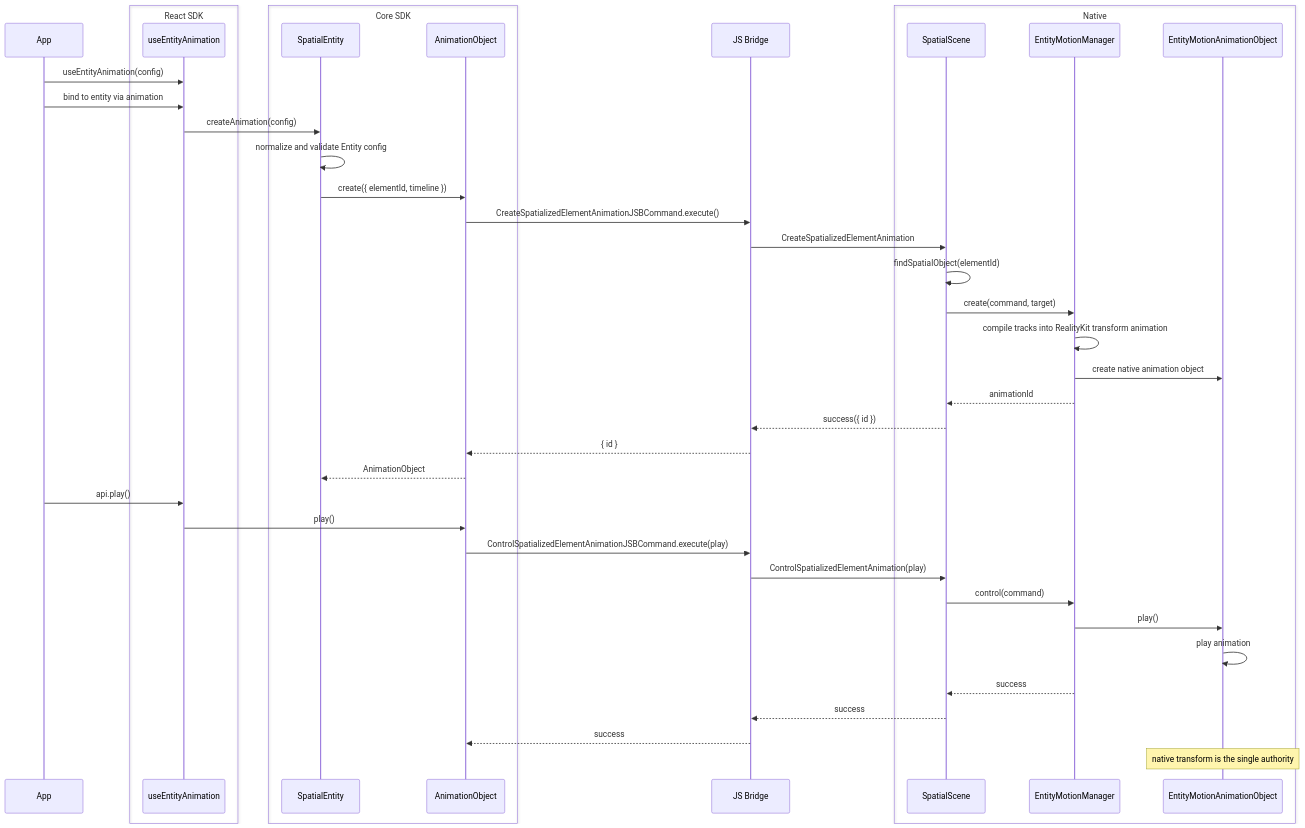
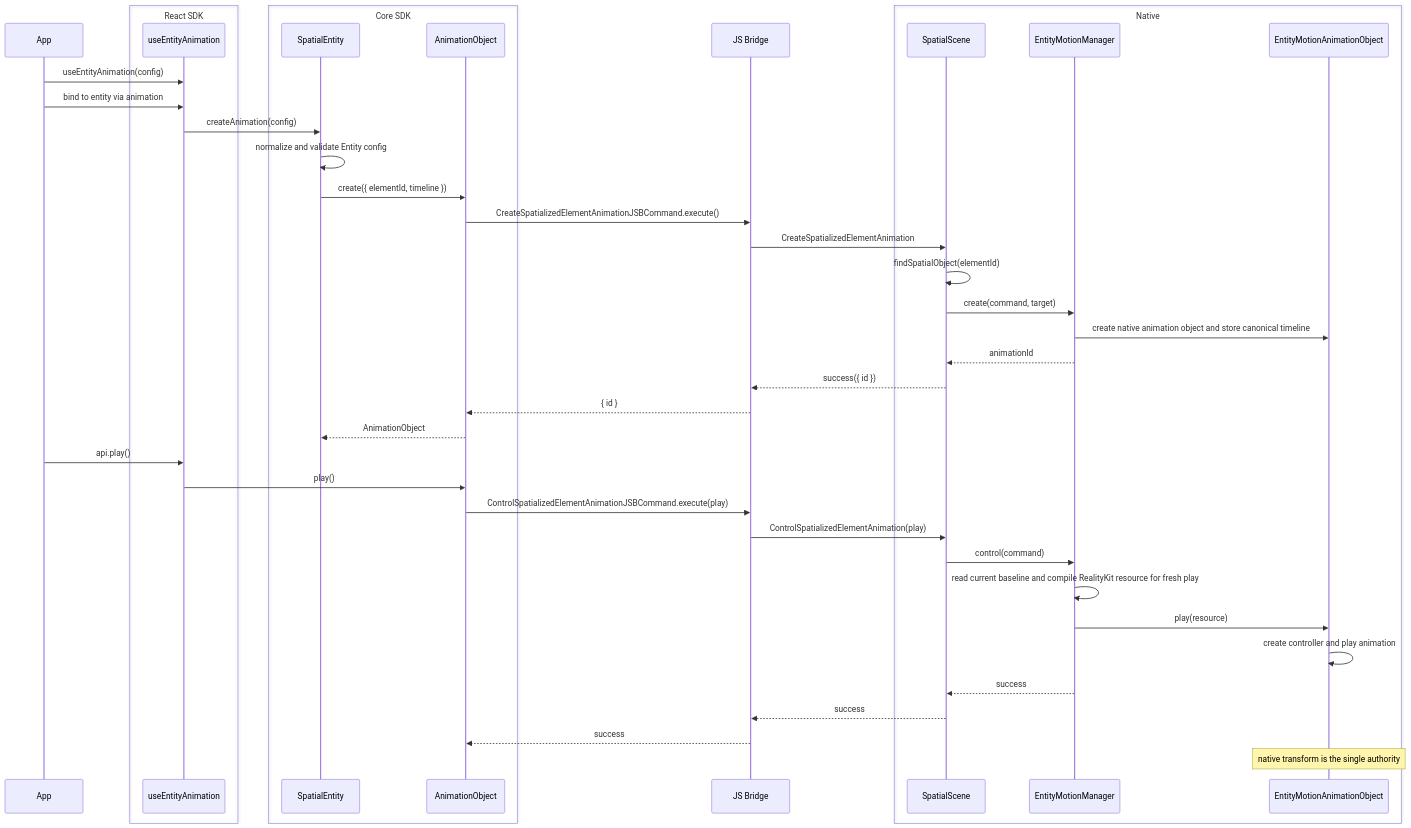
The third of 14 diagrams in openspec/changes/redesign-entity-motion-api/design.md (webspatial/webspatial-sdk), drawn with Mermaid before and after one commit. The commit also changed other lines of this file and 7 other files, not shown here.

````diff
--- a/openspec/changes/redesign-entity-motion-api/design.md
+++ b/openspec/changes/redesign-entity-motion-api/design.md
@@ -364,44 +269,44 @@
 ```mermaid
 sequenceDiagram
     participant App
     box React SDK
         participant Hook as useEntityAnimation
     end
     box Core SDK
         participant Entity as SpatialEntity
         participant Obj as AnimationObject
     end
     participant Bridge as JS Bridge
     box Native
         participant Scene as SpatialScene
         participant Manager as EntityMotionManager
         participant NativeObj as EntityMotionAnimationObject
     end
 
     App->>Hook: useEntityAnimation(config)
     App->>Hook: bind to entity via animation
     Hook->>Entity: createAnimation(config)
     Entity->>Entity: normalize and validate Entity config
     Entity->>Obj: create({ elementId, timeline })
     Obj->>Bridge: CreateSpatializedElementAnimationJSBCommand.execute()
     Bridge->>Scene: CreateSpatializedElementAnimation
     Scene->>Scene: findSpatialObject(elementId)
     Scene->>Manager: create(command, target)
-    Manager->>Manager: compile tracks into RealityKit transform animation
-    Manager->>NativeObj: create native animation object
+    Manager->>NativeObj: create native animation object and store canonical timeline
     Manager-->>Scene: animationId
     Scene-->>Bridge: success({ id })
     Bridge-->>Obj: { id }
     Obj-->>Entity: AnimationObject
     App->>Hook: api.play()
     Hook->>Obj: play()
     Obj->>Bridge: ControlSpatializedElementAnimationJSBCommand.execute(play)
     Bridge->>Scene: ControlSpatializedElementAnimation(play)
     Scene->>Manager: control(command)
-    Manager->>NativeObj: play()
-    NativeObj->>NativeObj: play animation
+    Manager->>Manager: read current baseline and compile RealityKit resource for fresh play
+    Manager->>NativeObj: play(resource)
+    NativeObj->>NativeObj: create controller and play animation
     Manager-->>Scene: success
     Scene-->>Bridge: success
     Bridge-->>Obj: success
     Note over NativeObj: native transform is the single authority
 ```
````
